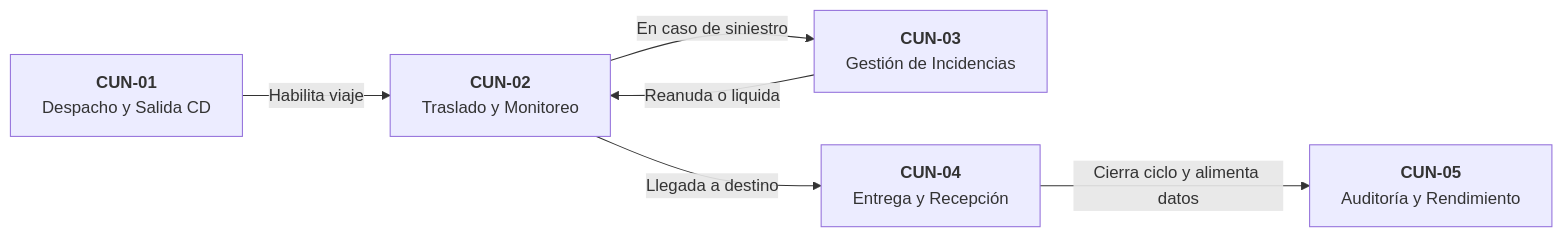
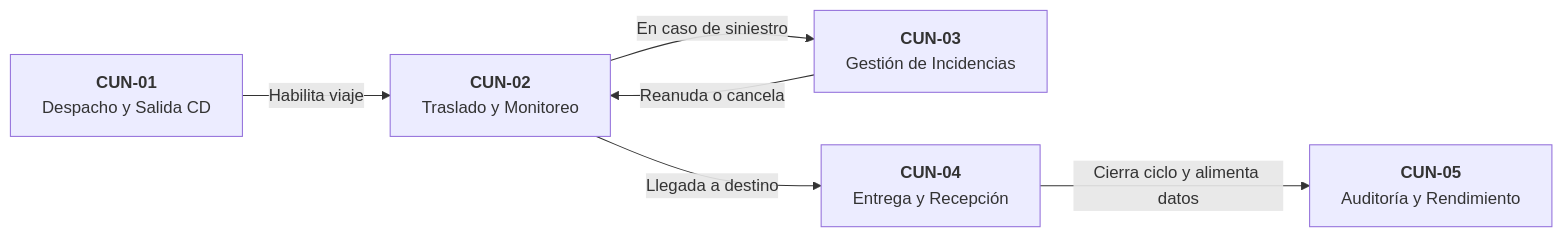
The second of 3 diagrams in respuesta/INFORME_REVISION_Y_ANALISIS_CASOS_DE_USO.md (SaraviaH/arq-emp), drawn with Mermaid before and after one commit. The commit also changed other lines of this file and 49 other files, not shown here.

````diff
--- a/respuesta/INFORME_REVISION_Y_ANALISIS_CASOS_DE_USO.md
+++ b/respuesta/INFORME_REVISION_Y_ANALISIS_CASOS_DE_USO.md
@@ -115,8 +115,8 @@
 ```mermaid
 graph LR
     C1["<b>CUN-01</b><br/>Despacho y Salida CD"] -->|Habilita viaje| C2["<b>CUN-02</b><br/>Traslado y Monitoreo"]
     C2 -->|En caso de siniestro| C3["<b>CUN-03</b><br/>Gestión de Incidencias"]
-    C3 -->|Reanuda o liquida| C2
+    C3 -->|Reanuda o cancela| C2
     C2 -->|Llegada a destino| C4["<b>CUN-04</b><br/>Entrega y Recepción"]
     C4 -->|Cierra ciclo y alimenta datos| C5["<b>CUN-05</b><br/>Auditoría y Rendimiento"]
 ```
````
